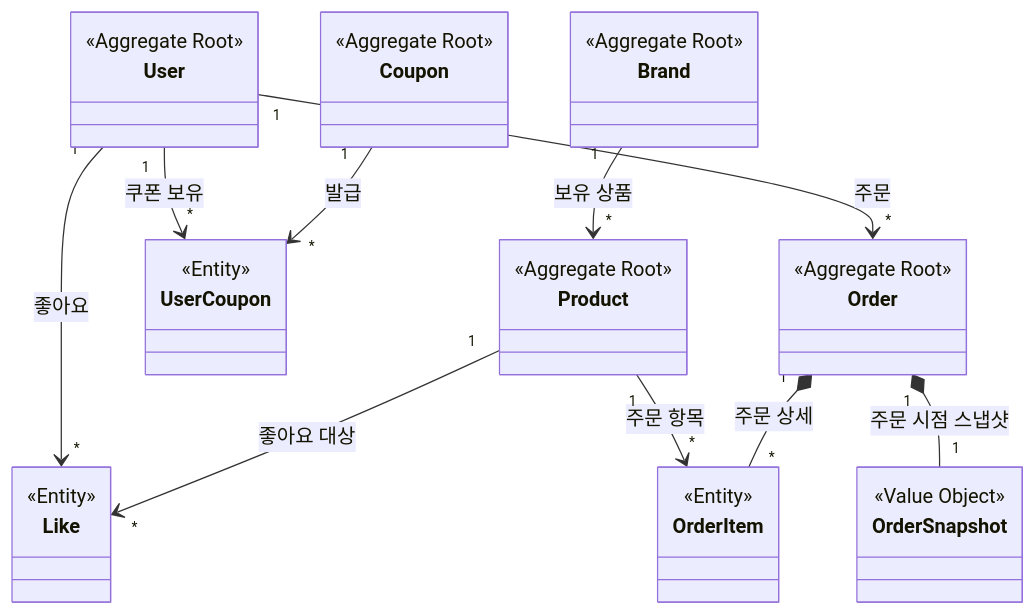
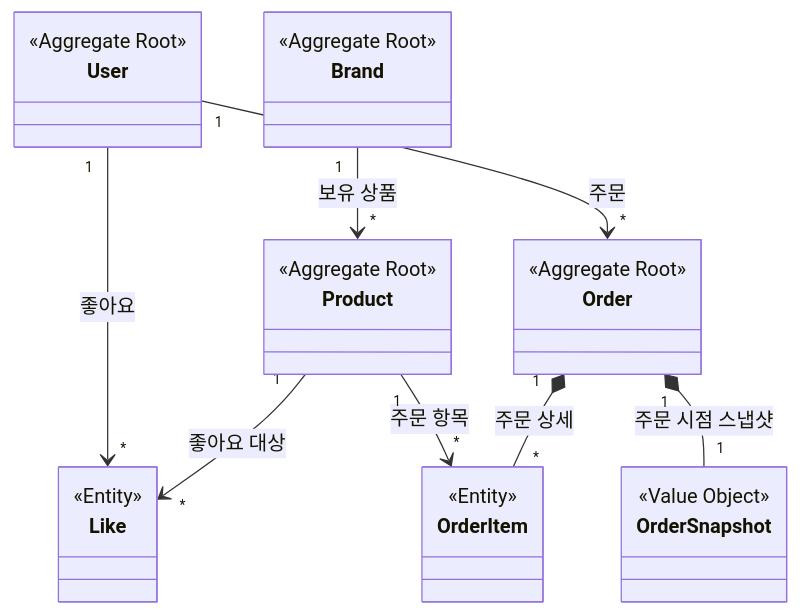
Before and after one commit to ukukdin/loop-pack-be-l2-vol3-java: the fourth of 8 diagrams in .docs/design/03-class-diagram.md, drawn with Mermaid. The commit also changed other lines of this file and 11 other files, not shown here.

````diff
--- a/.docs/design/03-class-diagram.md
+++ b/.docs/design/03-class-diagram.md
@@ -479,46 +265,20 @@
 ```mermaid
 classDiagram
     direction TB
 
-    class User {
-        <<Aggregate Root>>
-    }
-    class Brand {
-        <<Aggregate Root>>
-    }
-    class Product {
-        <<Aggregate Root>>
-    }
-    class Like {
-        <<Entity>>
-    }
-    class Coupon {
-        <<Aggregate Root>>
-    }
-    class UserCoupon {
-        <<Entity>>
-    }
-    class Order {
-        <<Aggregate Root>>
-    }
-    class OrderItem {
-        <<Entity>>
-    }
-    class OrderSnapshot {
-        <<Value Object>>
-    }
+    class User { <<Aggregate Root>> }
+    class Brand { <<Aggregate Root>> }
+    class Product { <<Aggregate Root>> }
+    class Like { <<Entity>> }
+    class Order { <<Aggregate Root>> }
+    class OrderItem { <<Entity>> }
+    class OrderSnapshot { <<Value Object>> }
 
     User "1" --> "*" Like : 좋아요
-    User "1" --> "*" UserCoupon : 쿠폰 보유
     User "1" --> "*" Order : 주문
-
     Brand "1" --> "*" Product : 보유 상품
-
     Product "1" --> "*" Like : 좋아요 대상
     Product "1" --> "*" OrderItem : 주문 항목
-
-    Coupon "1" --> "*" UserCoupon : 발급
-
     Order "1" *-- "*" OrderItem : 주문 상세
     Order "1" *-- "1" OrderSnapshot : 주문 시점 스냅샷
 ```
````
